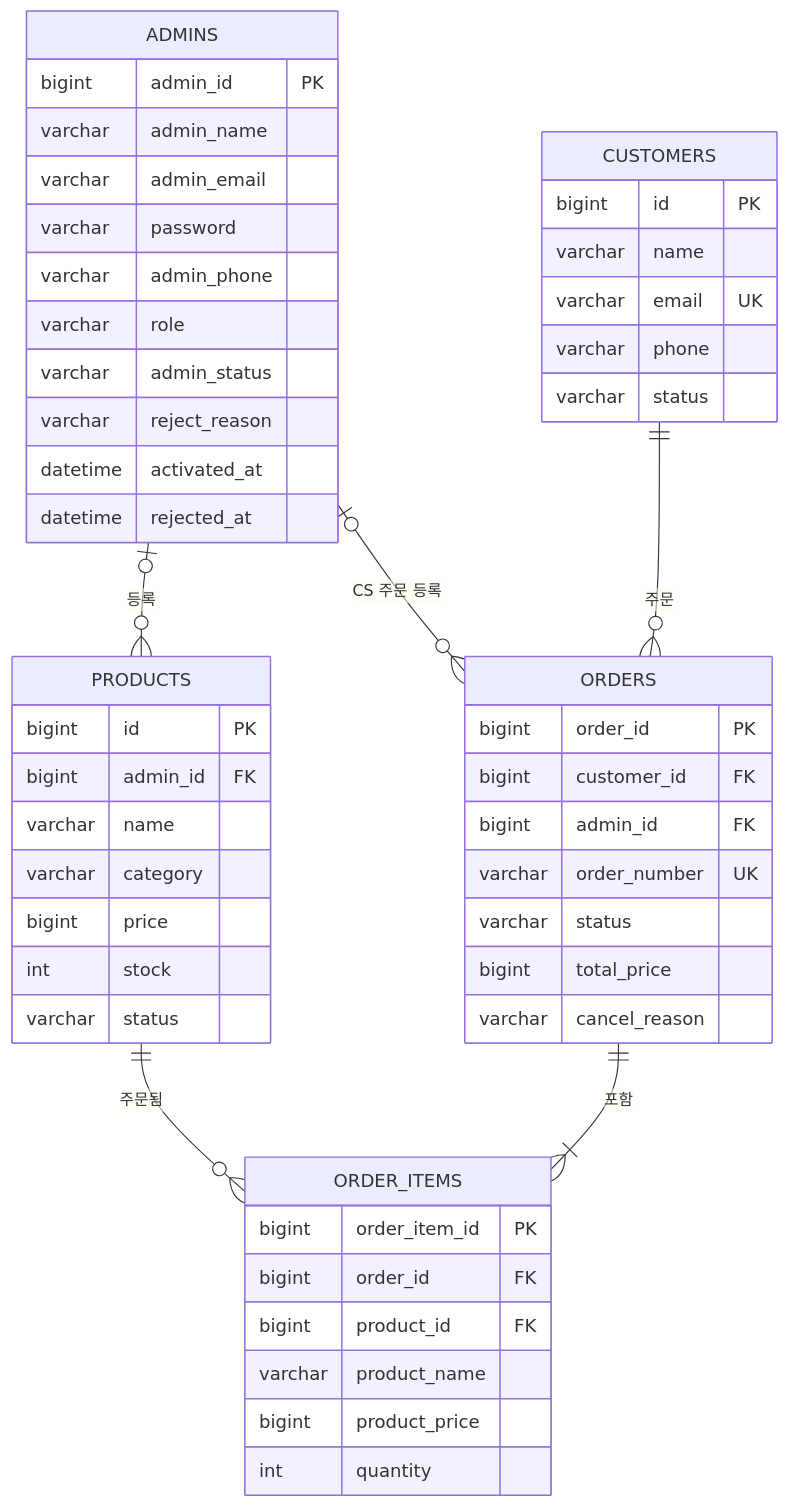
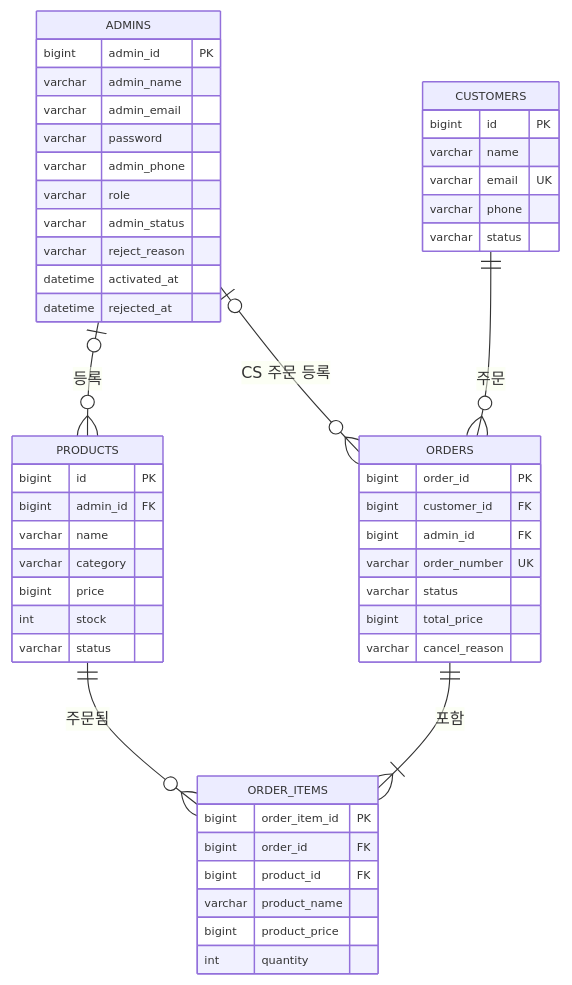
Before and after one commit to euneuneun/starter: the diagram in docs/TABLE_SPEC.md, drawn with Mermaid.

Commit message:
docs: ERD 크기 축소 (#110)

````diff
--- a/docs/TABLE_SPEC.md
+++ b/docs/TABLE_SPEC.md
@@ -18,54 +18,55 @@
 ```mermaid
+%%{init: {"er": {"fontSize": 10, "minEntityWidth": 60, "minEntityHeight": 40, "entityPadding": 8, "diagramPadding": 10}, "themeVariables": {"fontSize": "10px"}}}%%
 erDiagram
     ADMINS |o--o{ PRODUCTS : "등록"
     ADMINS |o--o{ ORDERS : "CS 주문 등록"
     CUSTOMERS ||--o{ ORDERS : "주문"
     ORDERS ||--|{ ORDER_ITEMS : "포함"
     PRODUCTS ||--o{ ORDER_ITEMS : "주문됨"
 
     ADMINS {
         bigint admin_id PK
         varchar admin_name
         varchar admin_email
         varchar password
         varchar admin_phone
         varchar role
         varchar admin_status
         varchar reject_reason
         datetime activated_at
         datetime rejected_at
     }
     CUSTOMERS {
         bigint id PK
         varchar name
         varchar email UK
         varchar phone
         varchar status
     }
     PRODUCTS {
         bigint id PK
         bigint admin_id FK
         varchar name
         varchar category
         bigint price
         int stock
         varchar status
     }
     ORDERS {
         bigint order_id PK
         bigint customer_id FK
         bigint admin_id FK
         varchar order_number UK
         varchar status
         bigint total_price
         varchar cancel_reason
     }
     ORDER_ITEMS {
         bigint order_item_id PK
         bigint order_id FK
         bigint product_id FK
         varchar product_name
         bigint product_price
         int quantity
     }
 ```
````
